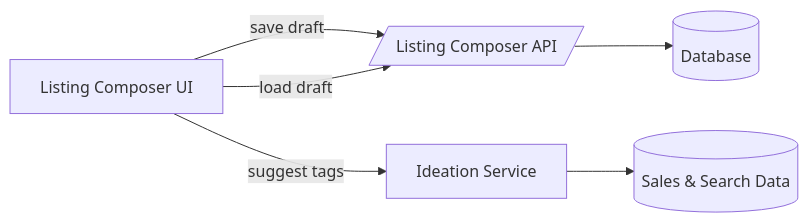
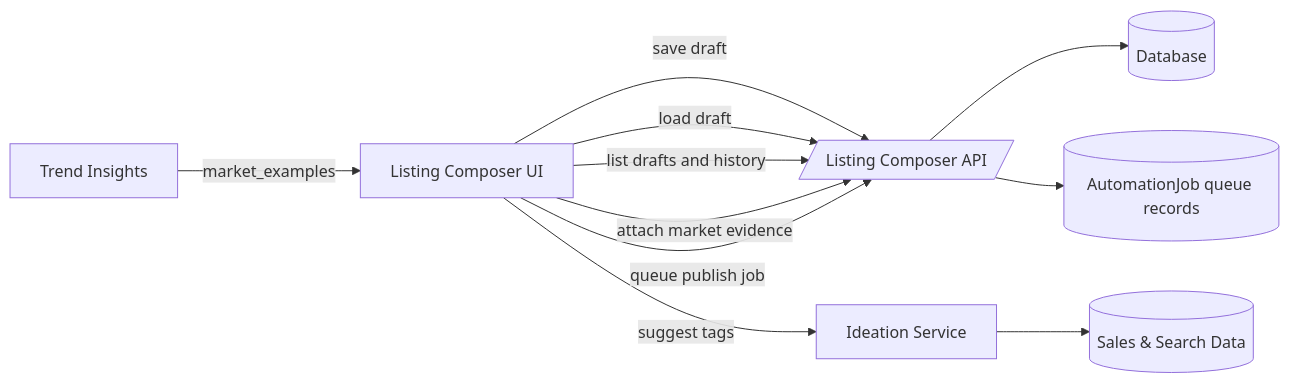
One commit to g4mm4p4nd4/PODPusher changed the diagram in docs/listing_composer_architecture.md. Above: the diagram before and after it, drawn with Mermaid. The commit also changed other lines of this file and 27 other files, not shown here.

Commit message:
feat(trends): surface source-backed market evidence

````diff
--- a/docs/listing_composer_architecture.md
+++ b/docs/listing_composer_architecture.md
@@ -3,8 +3,13 @@
 ```mermaid
 flowchart LR
     UI[Listing Composer UI] -->|save draft| LCAPI[/Listing Composer API/]
     UI -->|load draft| LCAPI
+    UI -->|list drafts and history| LCAPI
+    UI -->|attach market evidence| LCAPI
+    UI -->|queue publish job| LCAPI
     UI -->|suggest tags| Ideation[Ideation Service]
+    Trends[Trend Insights] -->|market_examples| UI
     Ideation --> Data[(Sales & Search Data)]
     LCAPI --> DB[(Database)]
+    LCAPI --> Jobs[(AutomationJob queue records)]
 ```
````
